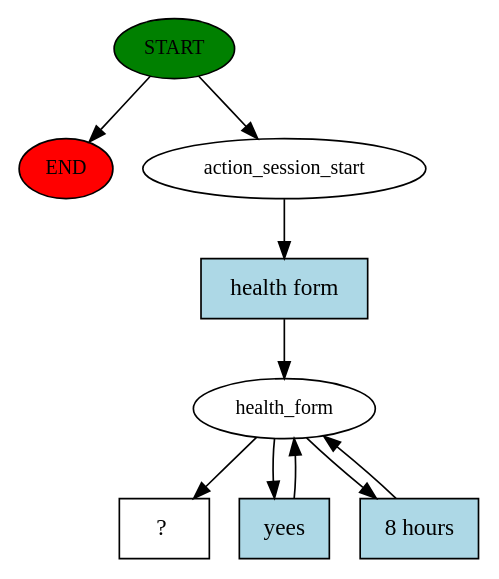
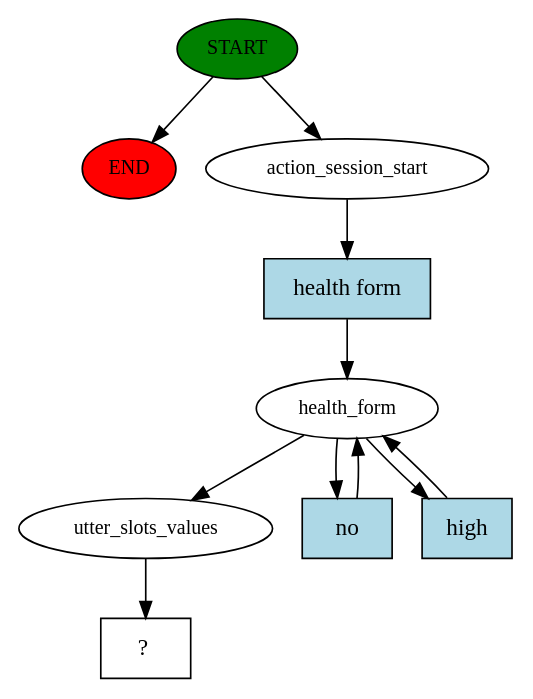
One commit to waviousmontavious/rasa-beginner-tutorial changed the diagram in story_graph.dot. Above: the diagram before and after it, drawn with Graphviz. The commit also changed 5 other files, not shown here.

```diff
--- a/story_graph.dot
+++ b/story_graph.dot
@@ -1,19 +1,21 @@
 digraph  {
 0 [class="start active", fillcolor=green, fontsize=12, label=START, style=filled];
 "-1" [class=end, fillcolor=red, fontsize=12, label=END, style=filled];
 1 [class=active, fontsize=12, label=action_session_start];
 2 [class=active, fontsize=12, label=health_form];
-5 [class="intent dashed active", label="  ?  ", shape=rect];
-6 [class="intent active", fillcolor=lightblue, label="health form", shape=rect, style=filled];
-7 [class="intent active", fillcolor=lightblue, label=yees, shape=rect, style=filled];
-8 [class="intent active", fillcolor=lightblue, label="8 hours", shape=rect, style=filled];
+6 [class=active, fontsize=12, label=utter_slots_values];
+7 [class="intent dashed active", label="  ?  ", shape=rect];
+8 [class="intent active", fillcolor=lightblue, label="health form", shape=rect, style=filled];
+9 [class="intent active", fillcolor=lightblue, label=no, shape=rect, style=filled];
+10 [class="intent active", fillcolor=lightblue, label=high, shape=rect, style=filled];
 0 -> "-1"  [class="", key=NONE, label=""];
 0 -> 1  [class=active, key=NONE, label=""];
-1 -> 6  [class=active, key=0];
-2 -> 5  [class=active, key=NONE, label=""];
-2 -> 7  [class=active, key=0];
-2 -> 8  [class=active, key=0];
-6 -> 2  [class=active, key=0];
-7 -> 2  [class=active, key=0];
+1 -> 8  [class=active, key=0];
+2 -> 6  [class=active, key=NONE, label=""];
+2 -> 9  [class=active, key=0];
+2 -> 10  [class=active, key=0];
+6 -> 7  [class=active, key=NONE, label=""];
 8 -> 2  [class=active, key=0];
+9 -> 2  [class=active, key=0];
+10 -> 2  [class=active, key=0];
 }
```
